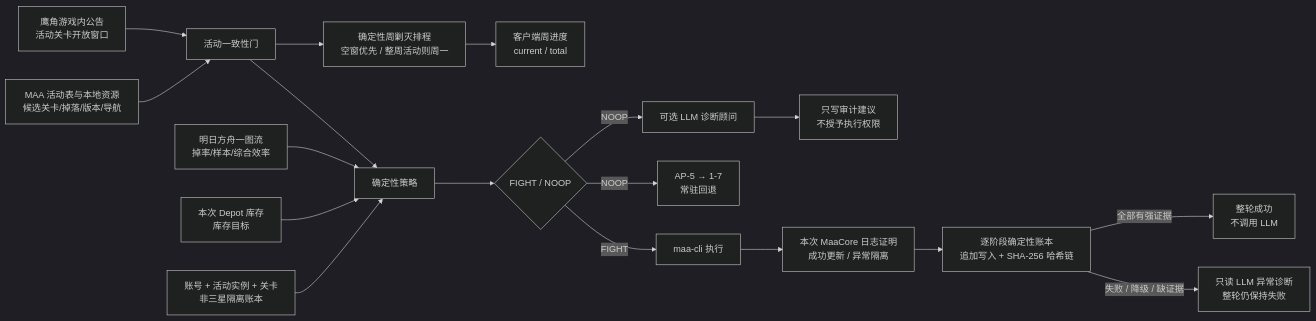
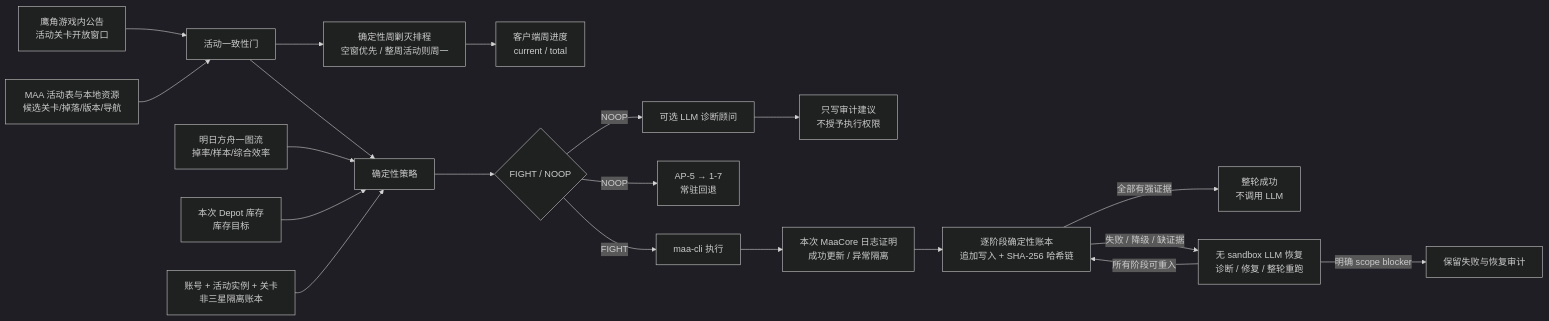
The diagram in README.md (Pzzzzz5142/ZOOTd), drawn with Mermaid (dark theme) before and after one commit. The commit also changed other lines of this file and 10 other files, not shown here.

````diff
--- a/README.md
+++ b/README.md
@@ -13,20 +13,22 @@
 ```mermaid
 flowchart LR
     O[鹰角游戏内公告<br/>活动关卡开放窗口] --> G[活动一致性门]
     M[MAA 活动表与本地资源<br/>候选关卡/掉落/版本/导航] --> G
     G --> P[确定性策略]
     Y[明日方舟一图流<br/>掉率/样本/综合效率] --> P
     I[本次 Depot 库存<br/>库存目标] --> P
     C[账号 + 活动实例 + 关卡<br/>非三星隔离账本] --> P
     G --> W[确定性周剿灭排程<br/>空窗优先 / 整周活动则周一]
     W --> X[客户端周进度<br/>current / total]
     P --> D{FIGHT / NOOP}
     D -->|FIGHT| E[maa-cli 执行]
     D -->|NOOP| F[AP-5 → 1-7<br/>常驻回退]
     D -->|NOOP| A[可选 LLM 诊断顾问]
     A --> R[只写审计建议<br/>不授予执行权限]
     E --> Q[本次 MaaCore 日志证明<br/>成功更新 / 异常隔离]
     Q --> S[逐阶段确定性账本<br/>追加写入 + SHA-256 哈希链]
     S -->|全部有强证据| Z[整轮成功<br/>不调用 LLM]
-    S -->|失败 / 降级 / 缺证据| L[只读 LLM 异常诊断<br/>整轮仍保持失败]
+    S -->|失败 / 降级 / 缺证据| L[无 sandbox LLM 恢复<br/>诊断 / 修复 / 整轮重跑]
+    L -->|所有阶段可重入| S
+    L -->|明确 scope blocker| B[保留失败与恢复审计]
 ```
````
